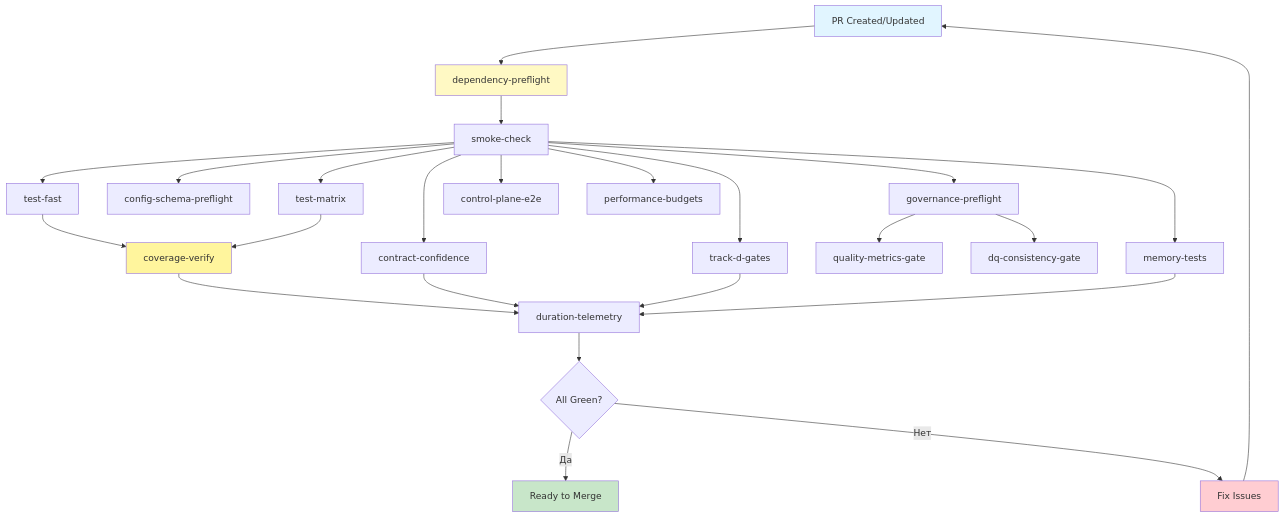
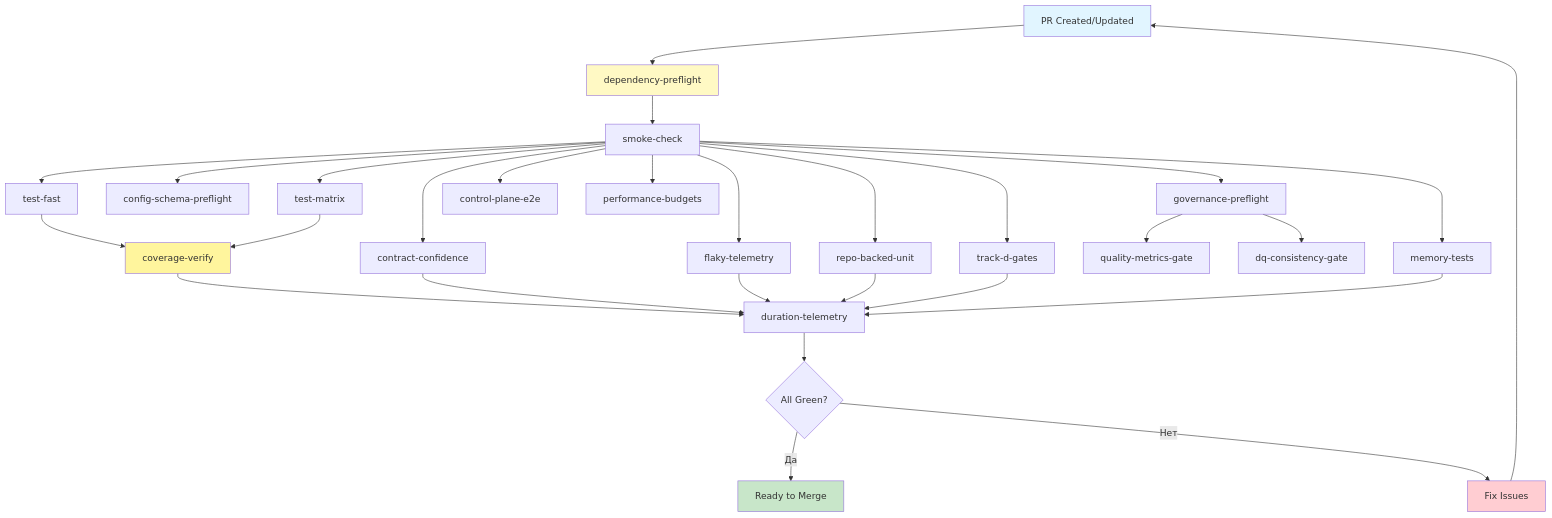
Before and after one commit to SatoryKono/BioactivityDataAcquisition: the second of 8 diagrams in docs/03-guides/github-workflow-diagrams.md, drawn with Mermaid. The commit also changed other lines of this file and 42 other files, not shown here.

````diff
--- a/docs/03-guides/github-workflow-diagrams.md
+++ b/docs/03-guides/github-workflow-diagrams.md
@@ -40,36 +40,40 @@
 ```mermaid
 graph TB
     START[PR Created/Updated] --> DEP[dependency-preflight]
     DEP --> SMOKE[smoke-check]
     SMOKE --> GOV[governance-preflight]
     SMOKE --> CONFIG[config-schema-preflight]
     SMOKE --> FAST[test-fast]
     SMOKE --> MATRIX[test-matrix]
     SMOKE --> E2E[control-plane-e2e]
     SMOKE --> CONTRACT[contract-confidence]
+    SMOKE --> FLAKY[flaky-telemetry]
+    SMOKE --> REPO[repo-backed-unit]
     SMOKE --> TRACKD[track-d-gates]
     SMOKE --> MEMORY[memory-tests]
     SMOKE --> PERF[performance-budgets]
     
     GOV --> QM[quality-metrics-gate]
     GOV --> DQ[dq-consistency-gate]
     
     FAST --> COV[coverage-verify]
     MATRIX --> COV
     
     COV --> DURATION[duration-telemetry]
     CONTRACT --> DURATION
+    FLAKY --> DURATION
+    REPO --> DURATION
     TRACKD --> DURATION
     MEMORY --> DURATION
     
     DURATION --> END{All Green?}
     END -->|Да| READY[Ready to Merge]
     END -->|Нет| FIX[Fix Issues]
     FIX --> START
     
     style START fill:#e1f5ff
     style READY fill:#c8e6c9
     style FIX fill:#ffcdd2
     style DEP fill:#fff9c4
     style COV fill:#fff59d
 ```
````
